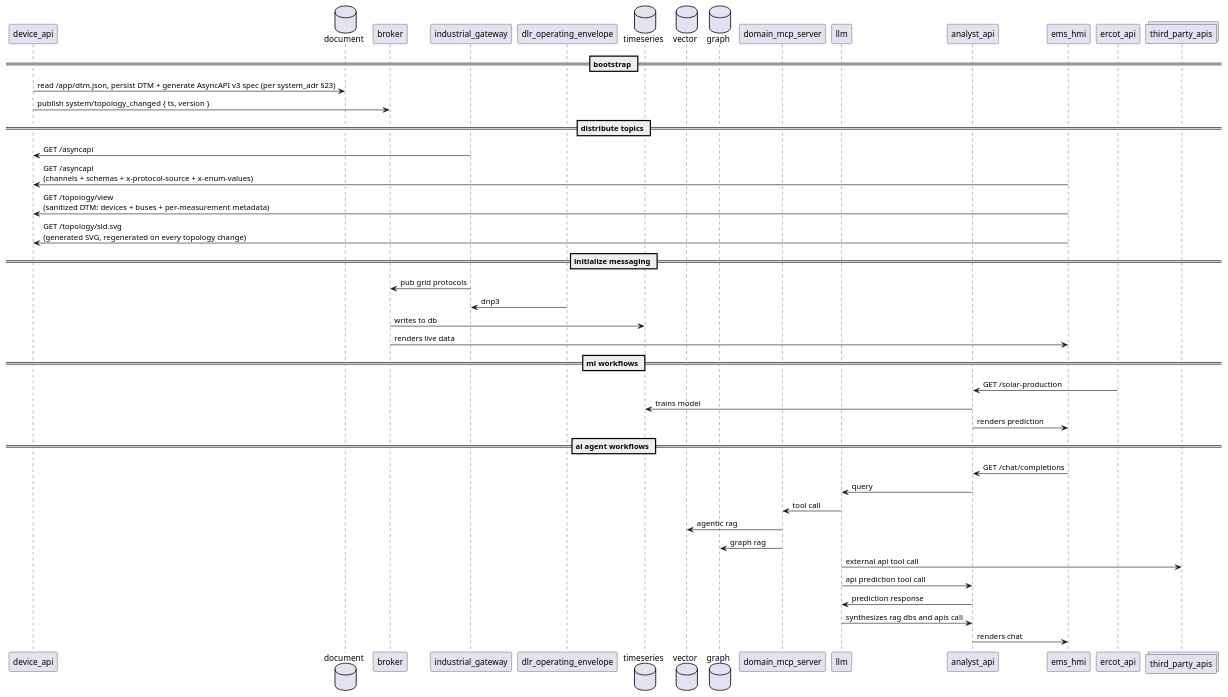
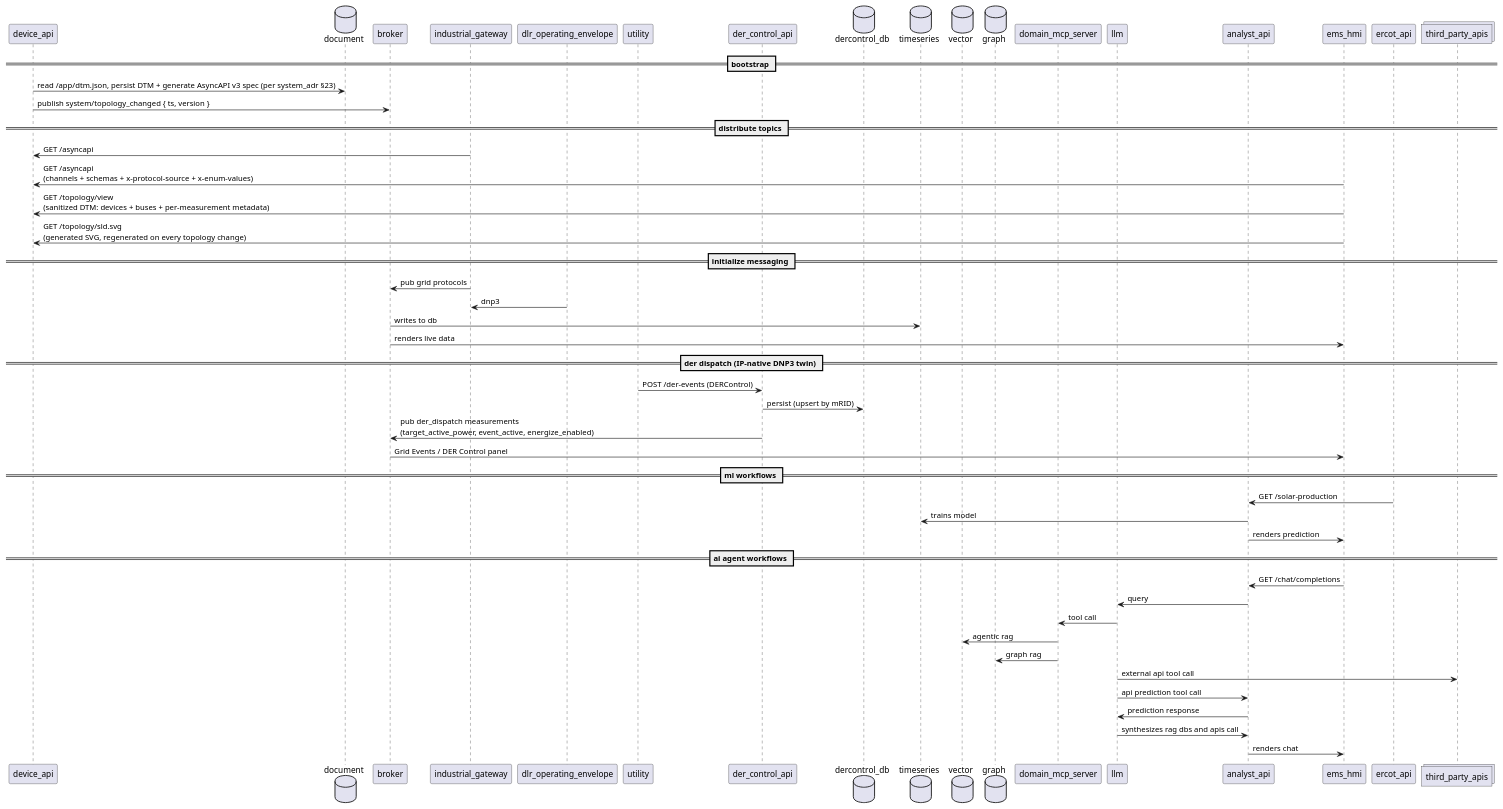
One commit to arcnode-io/ems changed the second of 6 diagrams in readme.md. Above: the diagram before and after it, drawn with PlantUML. The commit also changed other lines of this file, not shown here.

Commit message:
📐 docs(diagrams): add der_control_api to deployment + sequence diagrams
Catalog entry landed earlier (e5aa38c) but the actual architecture
diagrams never got the node — caught when asked directly whether they'd
been updated. Adds der_control_api + its dercontrol_db to:
- top-level Deployment + Sequence diagrams (new "der dispatch" section,
  mirrors the existing DNP3/operating_envelope flow it's the IP-native
  twin of)
- all 3 infra diagrams (Cloud Commercial, Cloud Defense, On-Prem ISO)

Claude-Session: https://claude.ai/code/session_015uZdLiRk7h5BPWbn6CNUNj

````diff
--- a/readme.md
+++ b/readme.md
@@ -67,44 +72,52 @@
 ```plantuml
 participant device_api
 database document
 participant broker
 participant industrial_gateway
 participant dlr_operating_envelope
+participant utility
+participant der_control_api
+database dercontrol_db
 database timeseries
 database vector
 database graph
 participant domain_mcp_server
 participant llm
 participant analyst_api
 participant ems_hmi
 participant ercot_api
 collections third_party_apis
 == bootstrap ==
 device_api -> document: read /app/dtm.json, persist DTM + generate AsyncAPI v3 spec (per system_adr §23)
 device_api -> broker: publish system/topology_changed { ts, version }
 == distribute topics ==
 industrial_gateway -> device_api: GET /asyncapi
 ems_hmi -> device_api: GET /asyncapi\n(channels + schemas + x-protocol-source + x-enum-values)
 ems_hmi -> device_api: GET /topology/view\n(sanitized DTM: devices + buses + per-measurement metadata)
 ems_hmi -> device_api: GET /topology/sld.svg\n(generated SVG, regenerated on every topology change)
 ==  initialize messaging ==
 industrial_gateway -> broker: pub grid protocols
 dlr_operating_envelope -> industrial_gateway: dnp3
 broker -> timeseries: writes to db
 broker -> ems_hmi: renders live data
+== der dispatch (IP-native DNP3 twin) ==
+utility -> der_control_api: POST /der-events (DERControl)
+der_control_api -> dercontrol_db: persist (upsert by mRID)
+der_control_api -> broker: pub der_dispatch measurements\n(target_active_power, event_active, energize_enabled)
+broker -> ems_hmi: Grid Events / DER Control panel
 == ml workflows ==
 ercot_api -> analyst_api: GET /solar-production
 timeseries <- analyst_api: trains model
 analyst_api -> ems_hmi: renders prediction
 == ai agent workflows ==
 ems_hmi -> analyst_api: GET /chat/completions  
 analyst_api -> llm: query
 llm -> domain_mcp_server: tool call
 domain_mcp_server -> vector: agentic rag
 domain_mcp_server -> graph: graph rag
 llm -> third_party_apis: external api tool call
 llm -> analyst_api: api prediction tool call
 analyst_api -> llm: prediction response
 llm -> analyst_api: synthesizes rag dbs and apis call
 analyst_api -> ems_hmi: renders chat
 ```
````
